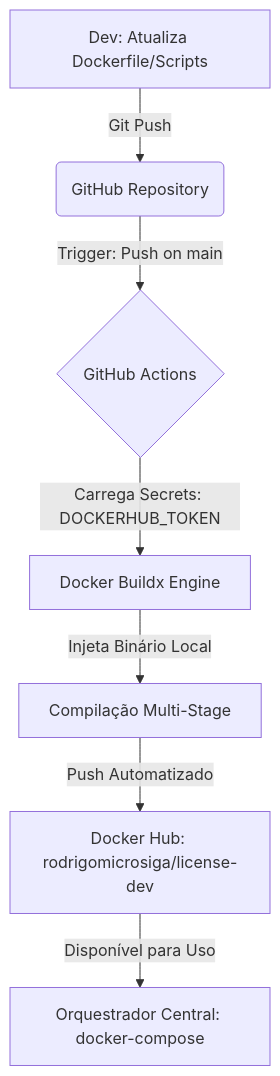
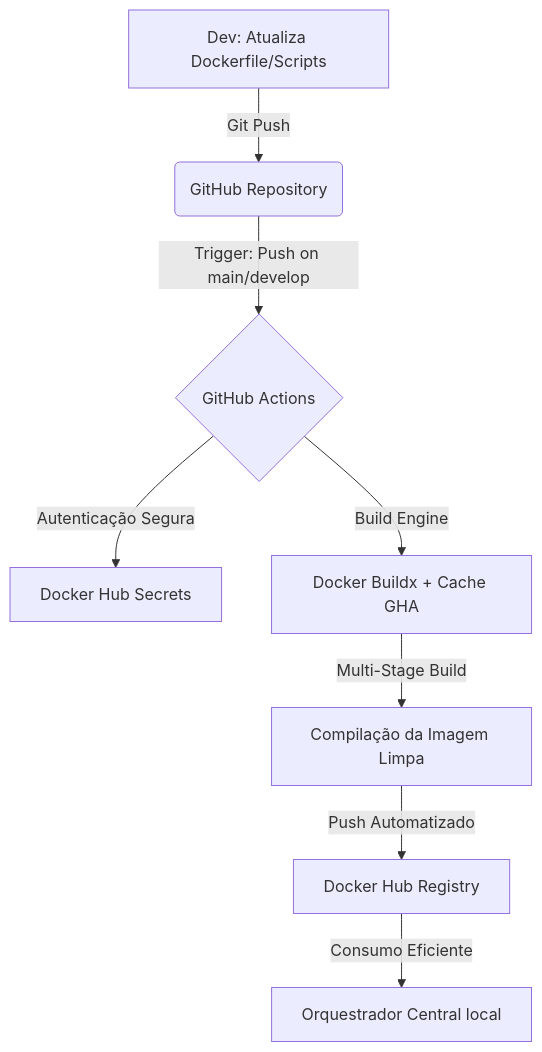
Before and after one commit to rodrigomicrosiga-devops/docker-protheus-license: the diagram in README.md, drawn with Mermaid. The commit also changed other lines of this file and 1 other file, not shown here.

Commit message:
build(ci): migrar esteira para escopo global da organizacao

````diff
--- a/README.md
+++ b/README.md
@@ -7,9 +7,10 @@
 ```mermaid
 graph TD
     A[Dev: Atualiza Dockerfile/Scripts] -->|Git Push| B(GitHub Repository)
-    B -->|Trigger: Push on main| C{GitHub Actions}
-    C -->|Carrega Secrets: DOCKERHUB_TOKEN| D[Docker Buildx Engine]
-    D -->|Injeta Binário Local| E[Compilação Multi-Stage]
-    E -->|Push Automatizado| F[Docker Hub: rodrigomicrosiga/license-dev]
-    F -->|Disponível para Uso| G[Orquestrador Central: docker-compose]
+    B -->|Trigger: Push on main/develop| C{GitHub Actions}
+    C -->|Autenticação Segura| D[Docker Hub Secrets]
+    C -->|Build Engine| E[Docker Buildx + Cache GHA]
+    E -->|Multi-Stage Build| F[Compilação da Imagem Limpa]
+    F -->|Push Automatizado| G[Docker Hub Registry]
+    G -->|Consumo Eficiente| H[Orquestrador Central local]
 ```
````
